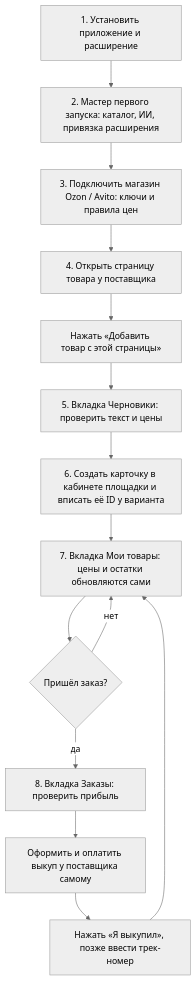
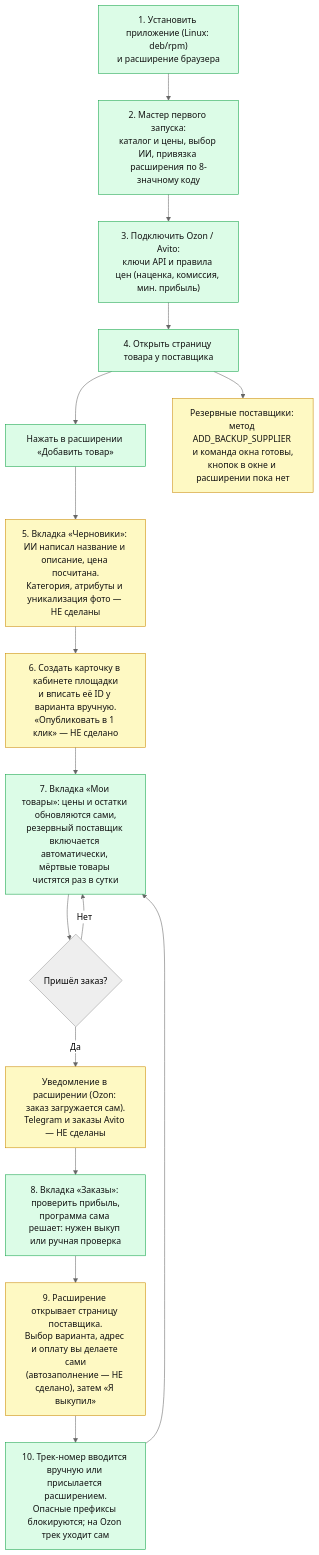
One commit to kclazzy/Dropshiptest changed the diagram in docs/scheme-user.mmd. Above: the diagram before and after it, drawn with Mermaid (neutral theme). The commit also changed 8 other files, not shown here.

First line of the commit message:
Step 9: align with the user's schemes (cascade parser, daily pruning, backup-supplier API); redraw schemes by fact

```diff
--- a/docs/scheme-user.mmd
+++ b/docs/scheme-user.mmd
@@ -1,14 +1,18 @@
 flowchart TD
-  A[1. Установить приложение и расширение] --> B[2. Мастер первого запуска: каталог, ИИ, привязка расширения]
-  B --> C[3. Подключить магазин Ozon / Avito: ключи и правила цен]
-  C --> D[4. Открыть страницу товара у поставщика]
-  D --> E[Нажать «Добавить товар с этой страницы»]
-  E --> F[5. Вкладка Черновики: проверить текст и цены]
-  F --> G[6. Создать карточку в кабинете площадки и вписать её ID у варианта]
-  G --> H[7. Вкладка Мои товары: цены и остатки обновляются сами]
-  H --> I{Пришёл заказ?}
-  I -- нет --> H
-  I -- да --> J[8. Вкладка Заказы: проверить прибыль]
-  J --> K[Оформить и оплатить выкуп у поставщика самому]
-  K --> L[Нажать «Я выкупил», позже ввести трек-номер]
-  L --> H
+  S1["1. Установить приложение (Linux: deb/rpm)<br/>и расширение браузера"]:::ok --> S2["2. Мастер первого запуска:<br/>каталог и цены, выбор ИИ, привязка расширения по 8-значному коду"]:::ok
+  S2 --> S3["3. Подключить Ozon / Avito:<br/>ключи API и правила цен (наценка, комиссия, мин. прибыль)"]:::ok
+  S3 --> S4["4. Открыть страницу товара у поставщика"]:::ok
+  S4 --> S4a["Нажать в расширении «Добавить товар»"]:::ok
+  S4 --> S4b["Резервные поставщики: метод ADD_BACKUP_SUPPLIER и команда окна готовы,<br/>кнопок в окне и расширении пока нет"]:::part
+  S4a --> S5["5. Вкладка «Черновики»: ИИ написал название и описание, цена посчитана.<br/>Категория, атрибуты и уникализация фото — НЕ сделаны"]:::part
+  S5 --> S6["6. Создать карточку в кабинете площадки<br/>и вписать её ID у варианта вручную.<br/>«Опубликовать в 1 клик» — НЕ сделано"]:::part
+  S6 --> S7["7. Вкладка «Мои товары»: цены и остатки обновляются сами,<br/>резервный поставщик включается автоматически, мёртвые товары чистятся раз в сутки"]:::ok
+  S7 --> OC{"Пришёл заказ?"}
+  OC -- "Нет" --> S7
+  OC -- "Да" --> N["Уведомление в расширении (Ozon: заказ загружается сам).<br/>Telegram и заказы Avito — НЕ сделаны"]:::part
+  N --> S8["8. Вкладка «Заказы»: проверить прибыль,<br/>программа сама решает: нужен выкуп или ручная проверка"]:::ok
+  S8 --> S9["9. Расширение открывает страницу поставщика.<br/>Выбор варианта, адрес и оплату вы делаете сами<br/>(автозаполнение — НЕ сделано), затем «Я выкупил»"]:::part
+  S9 --> S10["10. Трек-номер вводится вручную или присылается расширением.<br/>Опасные префиксы блокируются; на Ozon трек уходит сам"]:::ok
+  S10 --> S7
+  classDef ok fill:#dcfce7,stroke:#16a34a,color:#111
+  classDef part fill:#fef9c3,stroke:#ca8a04,color:#111
```
